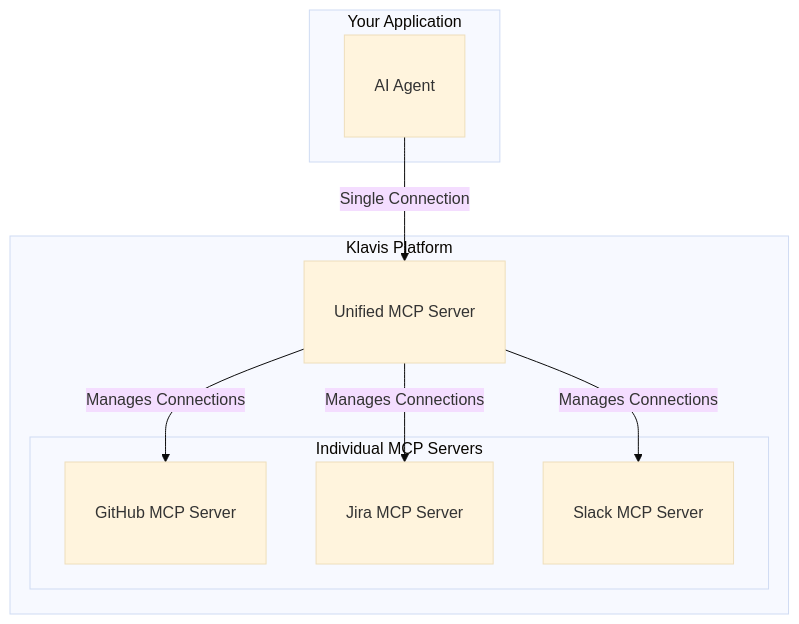
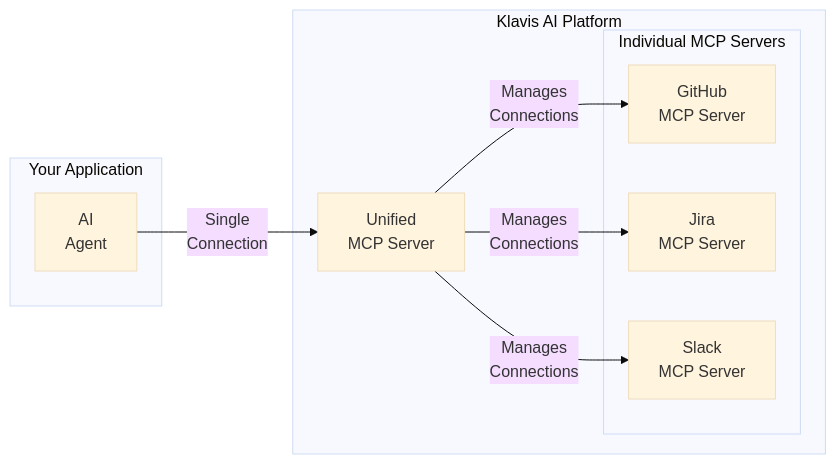
Before and after one commit to ttexan1/klavis: the diagram in docs/documentation/klavis-unified-mcp-server.mdx, drawn with Mermaid (base theme). The commit also changed other lines of this file, not shown here.

Commit message:
Doc: Fix unified MCP server docs. (#229)

````diff
--- a/docs/documentation/klavis-unified-mcp-server.mdx
+++ b/docs/documentation/klavis-unified-mcp-server.mdx
@@ -17,20 +17,22 @@
 ```mermaid
-graph TD
-    subgraph Your Application
-        A["<br>AI Agent<br>&nbsp;"]
+graph LR
+    subgraph "Your Application"
+        A["AI <br> Agent"]
     end
-
-    subgraph Klavis Platform
-        U["<br>Unified MCP Server<br>&nbsp;"]
-        subgraph Individual MCP Servers
-            S1["<br>GitHub MCP Server<br>&nbsp;"]
-            S2["<br>Jira MCP Server<br>&nbsp;"]
-            S3["<br>Slack MCP Server<br>&nbsp;"]
+    
+    A -->|"Single <br> Connection"| U
+    
+    subgraph "Klavis AI Platform"
+        U["Unified <br> MCP Server"]
+        
+        subgraph "Individual MCP Servers"
+            S1["GitHub <br> MCP Server"]
+            S2["Jira <br> MCP Server"] 
+            S3["Slack <br> MCP Server"]
         end
+        
+        U -->|"Manages <br> Connections"| S1
+        U -->|"Manages <br> Connections"| S2
+        U -->|"Manages <br> Connections"| S3
     end
-
-    A -->|Single Connection| U
-    U -->|Manages Connections| S1
-    U -->|Manages Connections| S2
-    U -->|Manages Connections| S3
 ```
````
